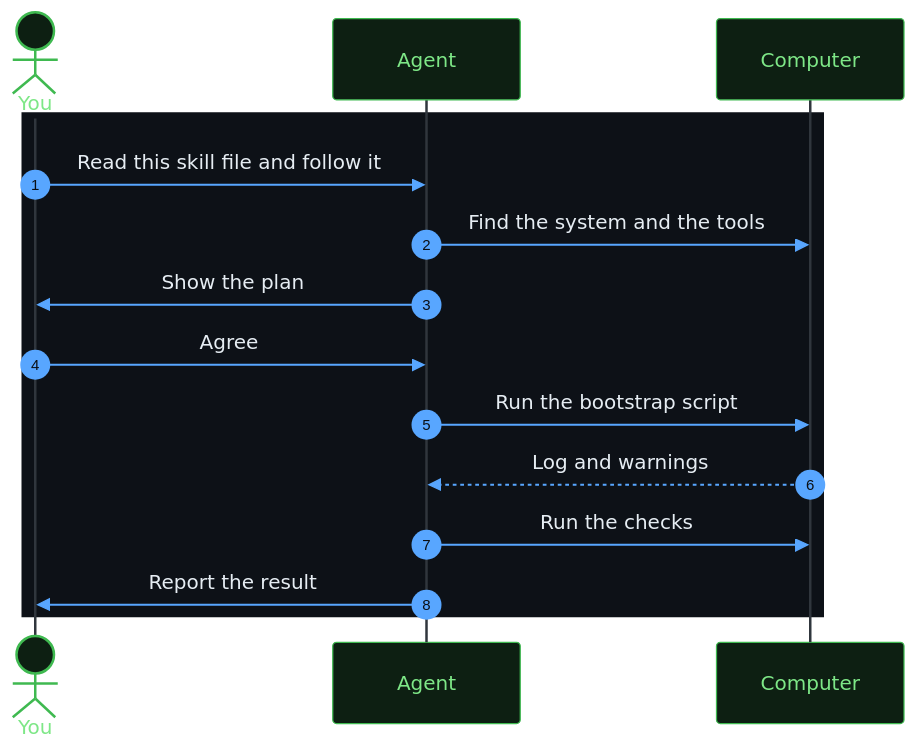
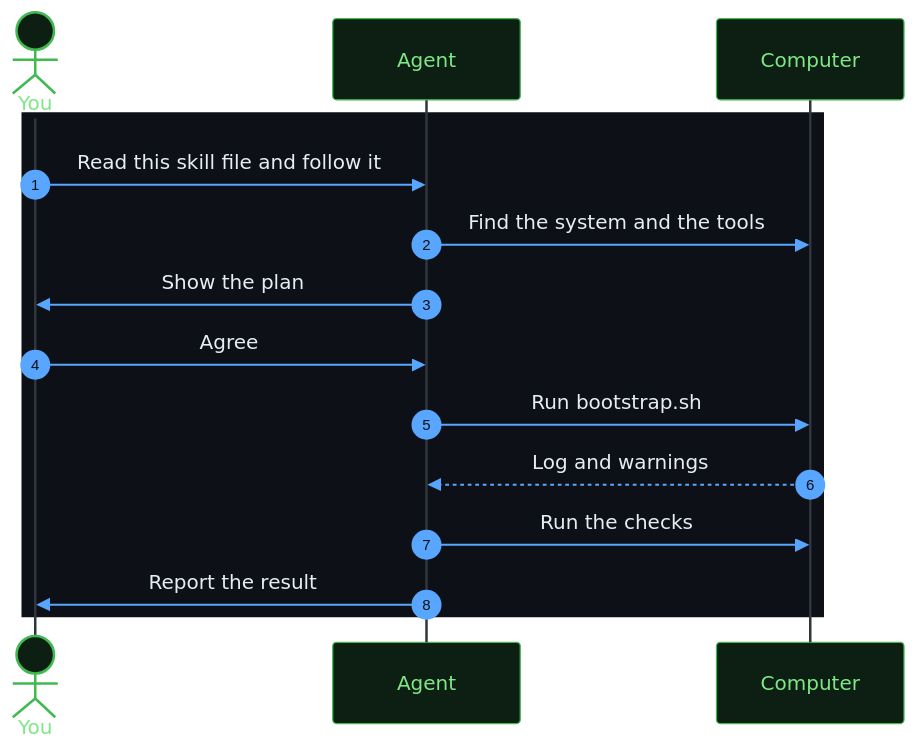
Before and after one commit to MussaCharles/herdspace: the diagram in docs/agent-setup.md, drawn with Mermaid. The commit also changed 6 other files, not shown here.

````diff
--- a/docs/agent-setup.md
+++ b/docs/agent-setup.md
@@ -5,25 +5,25 @@
 ```mermaid
 %%{init: {'theme': 'base', 'themeVariables': {
   'fontFamily': 'Menlo, Consolas, Courier New, monospace', 'fontSize': '14px',
   'primaryColor': '#0d1117', 'primaryTextColor': '#e6edf3', 'primaryBorderColor': '#3fb950',
   'textColor': '#e6edf3', 'lineColor': '#58a6ff', 'secondaryColor': '#161b22', 'tertiaryColor': '#0d1117',
   'edgeLabelBackground': '#0b0f14', 'clusterBkg': '#0b0f14', 'clusterBorder': '#30363d', 'titleColor': '#d2a8ff',
   'actorBkg': '#0d1f12', 'actorBorder': '#3fb950', 'actorTextColor': '#7ee787', 'actorLineColor': '#30363d',
   'signalColor': '#58a6ff', 'signalTextColor': '#e6edf3', 'sequenceNumberColor': '#0b0f14'
 }, 'flowchart': {'curve': 'basis', 'nodeSpacing': 34, 'rankSpacing': 42, 'wrappingWidth': 340}}}%%
 sequenceDiagram
   autonumber
   actor You
   participant Agent
   participant Computer
   rect rgb(13, 17, 23)
     You->>Agent: Read this skill file and follow it
     Agent->>Computer: Find the system and the tools
     Agent->>You: Show the plan
     You->>Agent: Agree
-    Agent->>Computer: Run the bootstrap script
+    Agent->>Computer: Run bootstrap.sh
     Computer-->>Agent: Log and warnings
     Agent->>Computer: Run the checks
     Agent->>You: Report the result
   end
 ```
````
